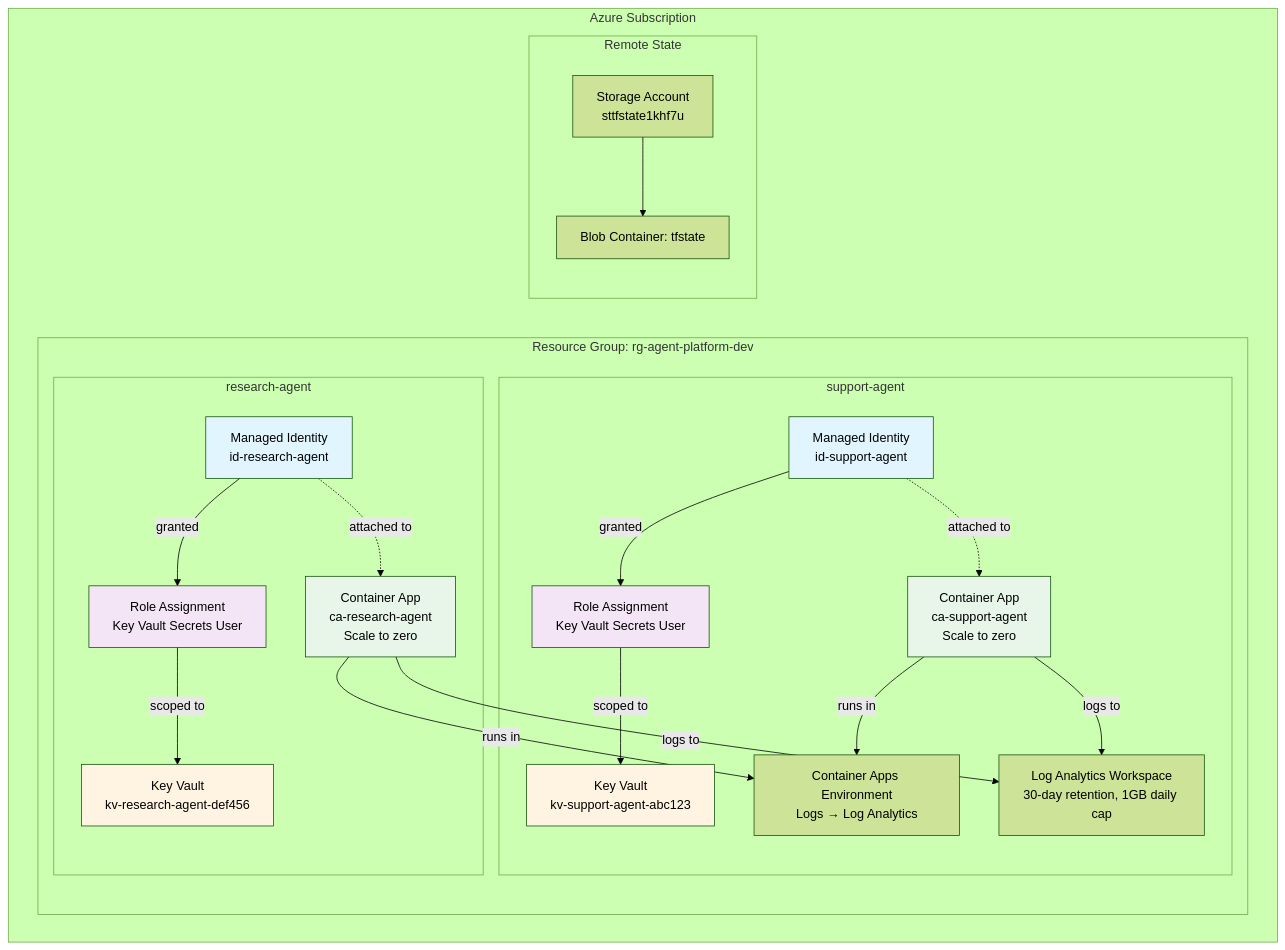
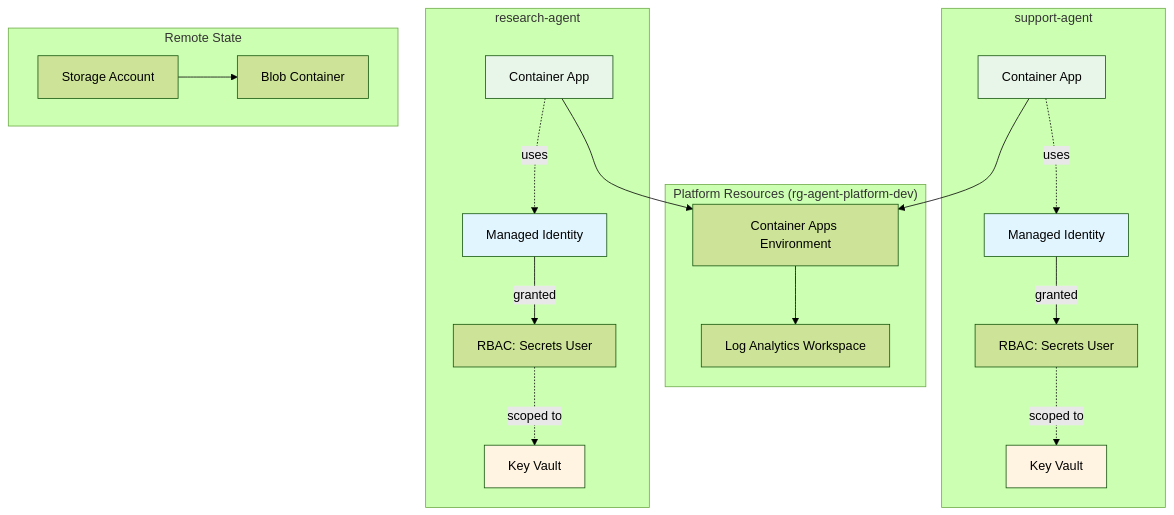
The diagram in README.md (khurram-de/azure-agent-platform-terraform), drawn with Mermaid (forest theme) before and after one commit. The commit also changed other lines of this file, not shown here.

Commit message:
Fix architecture diagram for GitHub rendering

````diff
--- a/README.md
+++ b/README.md
@@ -25,50 +25,44 @@
 ```mermaid
 graph TB
-    subgraph "Azure Subscription"
-        subgraph "Resource Group: rg-agent-platform-dev"
-            LA[Log Analytics Workspace<br/>30-day retention, 1GB daily cap]
-            CAE[Container Apps Environment<br/>Logs → Log Analytics]
-            
-            subgraph "support-agent"
-                ID1[Managed Identity<br/>id-support-agent]
-                KV1[Key Vault<br/>kv-support-agent-abc123]
-                CA1[Container App<br/>ca-support-agent<br/>Scale to zero]
-                RA1[Role Assignment<br/>Key Vault Secrets User]
-                
-                ID1 -.->|attached to| CA1
-                ID1 -->|granted| RA1
-                RA1 -->|scoped to| KV1
-                CA1 -->|runs in| CAE
-                CA1 -->|logs to| LA
-            end
-            
-            subgraph "research-agent"
-                ID2[Managed Identity<br/>id-research-agent]
-                KV2[Key Vault<br/>kv-research-agent-def456]
-                CA2[Container App<br/>ca-research-agent<br/>Scale to zero]
-                RA2[Role Assignment<br/>Key Vault Secrets User]
-                
-                ID2 -.->|attached to| CA2
-                ID2 -->|granted| RA2
-                RA2 -->|scoped to| KV2
-                CA2 -->|runs in| CAE
-                CA2 -->|logs to| LA
-            end
-        end
-        
-        subgraph "Remote State"
-            BS[Storage Account<br/>sttfstate1khf7u]
-            BC[Blob Container: tfstate]
-            BS --> BC
-        end
+    subgraph Platform["Platform Resources (rg-agent-platform-dev)"]
+        LA[Log Analytics Workspace]
+        CAE[Container Apps Environment]
     end
+    
+    subgraph Agent1["support-agent"]
+        ID1[Managed Identity]
+        KV1[Key Vault]
+        CA1[Container App]
+        RA1[RBAC: Secrets User]
+    end
+    
+    subgraph Agent2["research-agent"]
+        ID2[Managed Identity]
+        KV2[Key Vault]
+        CA2[Container App]
+        RA2[RBAC: Secrets User]
+    end
+    
+    subgraph State["Remote State"]
+        SA[Storage Account]
+        SC[Blob Container]
+    end
+    
+    CA1 --> CAE
+    CA2 --> CAE
+    CAE --> LA
+    CA1 -.->|uses| ID1
+    CA2 -.->|uses| ID2
+    ID1 -->|granted| RA1
+    ID2 -->|granted| RA2
+    RA1 -.->|scoped to| KV1
+    RA2 -.->|scoped to| KV2
+    SA --> SC
     
     style ID1 fill:#e1f5ff
     style ID2 fill:#e1f5ff
     style KV1 fill:#fff4e1
     style KV2 fill:#fff4e1
     style CA1 fill:#e8f5e9
     style CA2 fill:#e8f5e9
-    style RA1 fill:#f3e5f5
-    style RA2 fill:#f3e5f5
 ```
````
